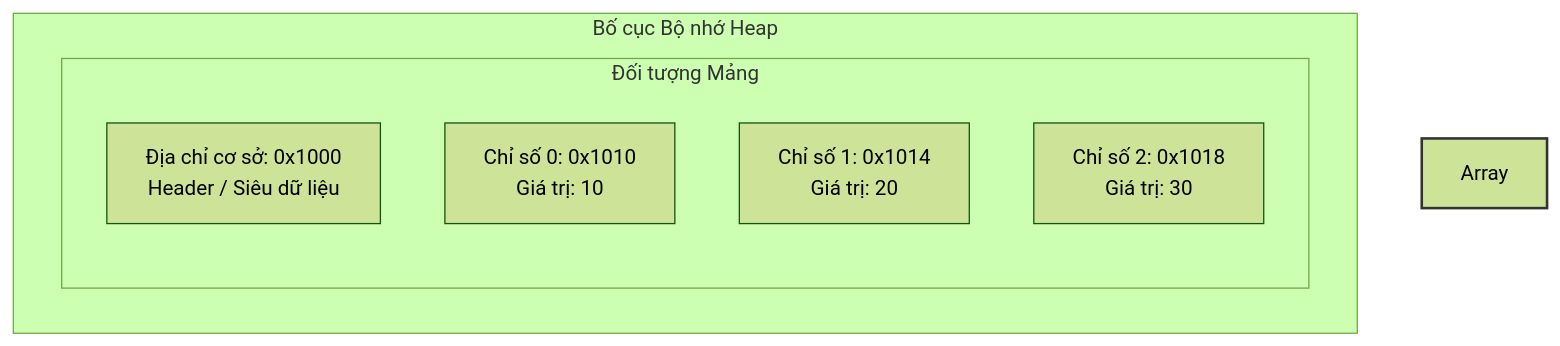
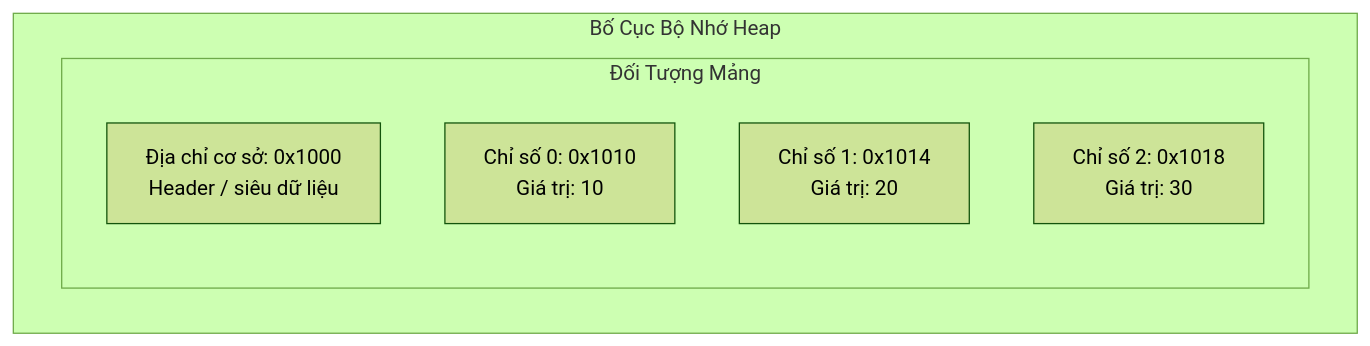
The third of 3 diagrams in vi/07-arrays/theory/01-array-basics.md (PhuThien2005/theoretical-of-java-core), drawn with Mermaid (forest theme) before and after one commit. The commit also changed other lines of this file and 229 other files, not shown here.

````diff
--- a/vi/07-arrays/theory/01-array-basics.md
+++ b/vi/07-arrays/theory/01-array-basics.md
@@ -450,12 +446,11 @@
 ```mermaid
 graph TD
-    subgraph Heap Memory Layout [Bố cục Bộ nhớ Heap]
-        subgraph Array Object [Đối tượng Mảng]
-            A[Địa chỉ cơ sở: 0x1000<br>Header / Siêu dữ liệu]
+    subgraph Heap Memory Layout ["Bố Cục Bộ Nhớ Heap"]
+        subgraph Array Object ["Đối Tượng Mảng"]
+            A[Địa chỉ cơ sở: 0x1000<br>Header / siêu dữ liệu]
             B[Chỉ số 0: 0x1010<br>Giá trị: 10]
             C[Chỉ số 1: 0x1014<br>Giá trị: 20]
             D[Chỉ số 2: 0x1018<br>Giá trị: 30]
         end
     end
-    style Array Object fill:#f9f,stroke:#333,stroke-width:2px
 ```
````
